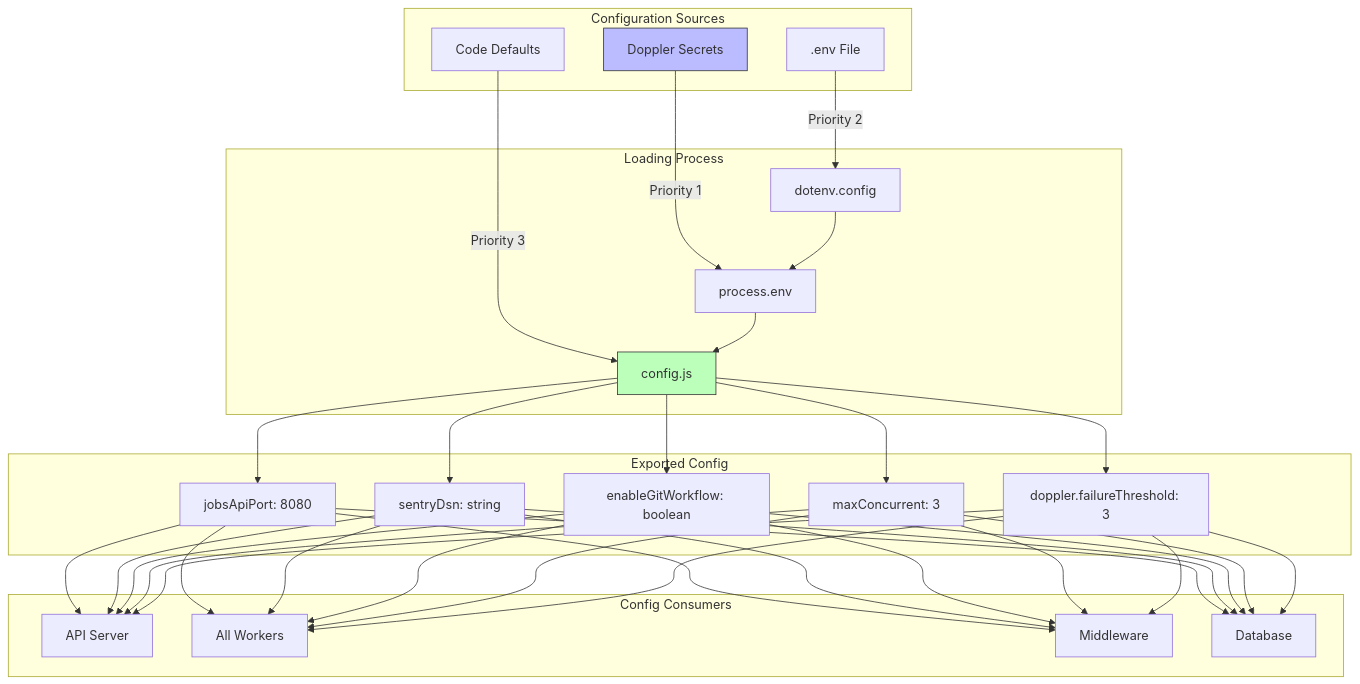
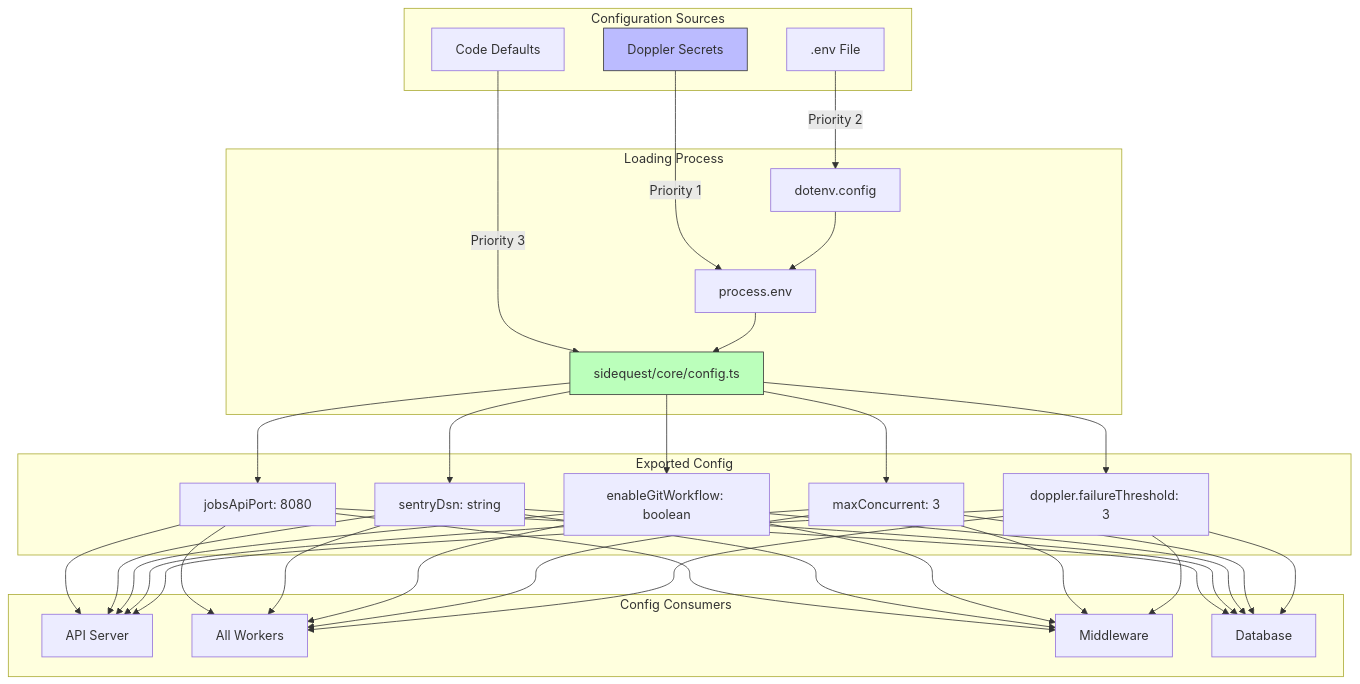
One commit to integritystudio/AlephAuto changed diagram 13 of 14 in docs/architecture/SYSTEM-DATA-FLOW.md. Above: the diagram before and after it, drawn with Mermaid. The commit also changed other lines of this file and 9 other files, not shown here.

````diff
--- a/docs/architecture/SYSTEM-DATA-FLOW.md
+++ b/docs/architecture/SYSTEM-DATA-FLOW.md
@@ -773,45 +773,45 @@
 ```mermaid
 flowchart TB
     subgraph Sources["Configuration Sources"]
         Doppler["Doppler Secrets"]
         EnvFile[".env File"]
         Defaults["Code Defaults"]
     end
 
     subgraph Loading["Loading Process"]
         DotEnv["dotenv.config"]
         ProcessEnv["process.env"]
-        ConfigModule["config.js"]
+        ConfigModule["sidequest/core/config.ts"]
     end
 
     subgraph Config["Exported Config"]
         C1[jobsApiPort: 8080]
         C2[sentryDsn: string]
         C3[enableGitWorkflow: boolean]
         C4[maxConcurrent: 3]
         C5[doppler.failureThreshold: 3]
     end
 
     subgraph Consumers["Config Consumers"]
         Server[API Server]
         Workers[All Workers]
         Middleware[Middleware]
         Database[Database]
     end
 
     Doppler -->|Priority 1| ProcessEnv
     EnvFile -->|Priority 2| DotEnv
     DotEnv --> ProcessEnv
     Defaults -->|Priority 3| ConfigModule
     ProcessEnv --> ConfigModule
 
     ConfigModule --> C1 & C2 & C3 & C4 & C5
 
     C1 & C2 & C3 & C4 & C5 --> Server
     C1 & C2 & C3 & C4 & C5 --> Workers
     C1 & C2 & C3 & C4 & C5 --> Middleware
     C1 & C2 & C3 & C4 & C5 --> Database
 
     style Doppler fill:#bbf,stroke:#333
     style ConfigModule fill:#bfb,stroke:#333
 ```
````
